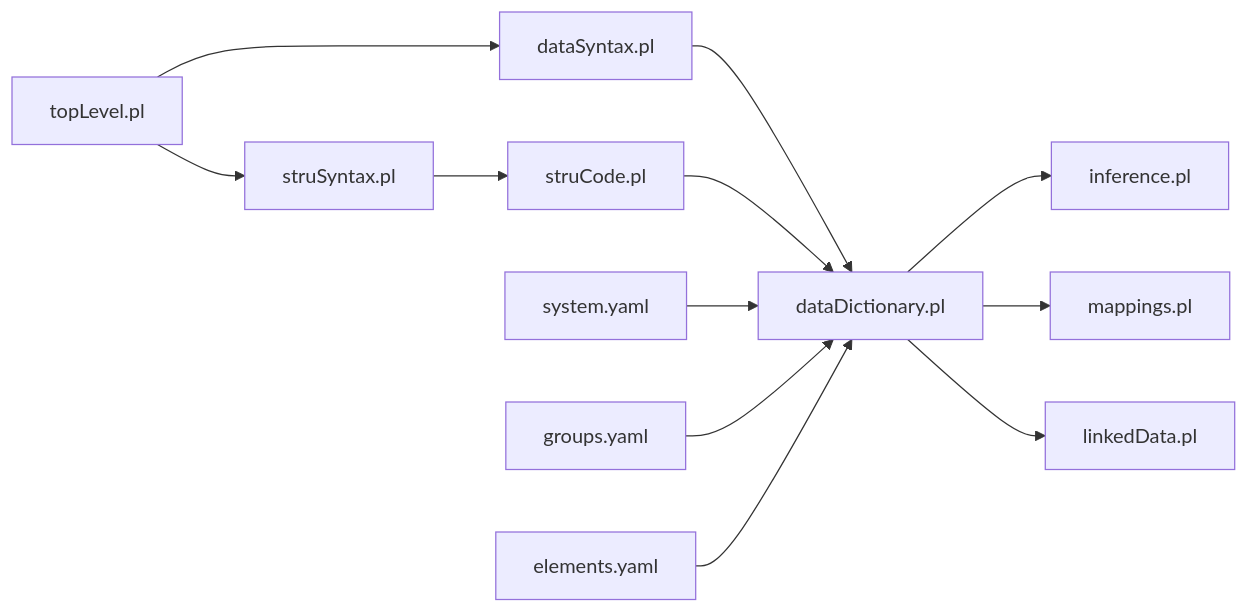
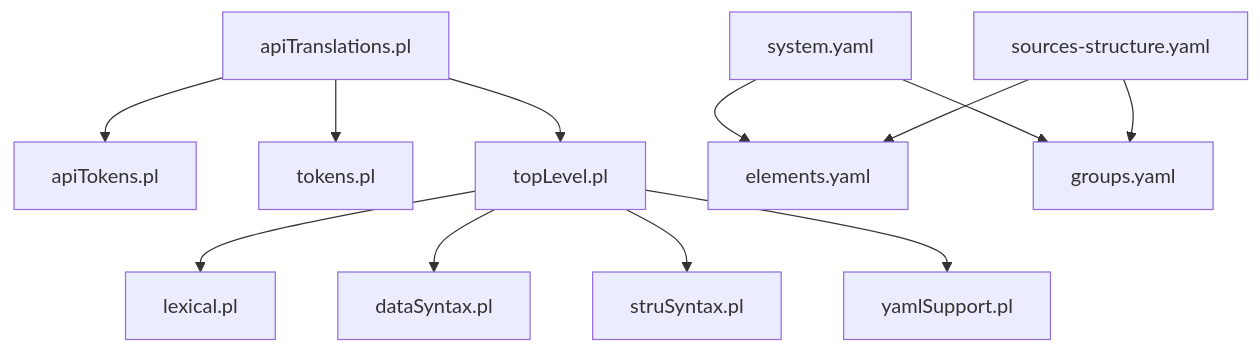
One commit to time-link/timelink-kleio changed the tenth of 10 diagrams in .qoder/repowiki/en/content/Core Concepts/Core Concepts.md. Above: the diagram before and after it, drawn with Mermaid. The commit also changed other lines of this file and 225 other files, not shown here.

````diff
--- a/.qoder/repowiki/en/content/Core Concepts/Core Concepts.md
+++ b/.qoder/repowiki/en/content/Core Concepts/Core Concepts.md
@@ -342,14 +405,14 @@
 ```mermaid
-graph LR
-TL["topLevel.pl"] --> DS["dataSyntax.pl"]
-TL --> SS["struSyntax.pl"]
-SS --> SC["struCode.pl"]
-DS --> DD["dataDictionary.pl"]
-SC --> DD
-DD --> IF["inference.pl"]
-DD --> MP["mappings.pl"]
-DD --> LD["linkedData.pl"]
-SY["system.yaml"] --> DD
-GR["groups.yaml"] --> DD
-EL["elements.yaml"] --> DD
+graph TB
+API_T["apiTranslations.pl"] --> TOK_API["apiTokens.pl"]
+API_T --> TOK_CORE["tokens.pl"]
+API_T --> TOP["topLevel.pl"]
+TOP --> LEX["lexical.pl"]
+TOP --> SYNTAX["dataSyntax.pl"]
+TOP --> STRU_SYNTAX["struSyntax.pl"]
+TOP --> YAML_SUP["yamlSupport.pl"]
+SYS["system.yaml"] --> ELEM["elements.yaml"]
+SYS --> GRPS["groups.yaml"]
+SRC_STR["sources-structure.yaml"] --> GRPS
+SRC_STR --> ELEM
 ```
````
